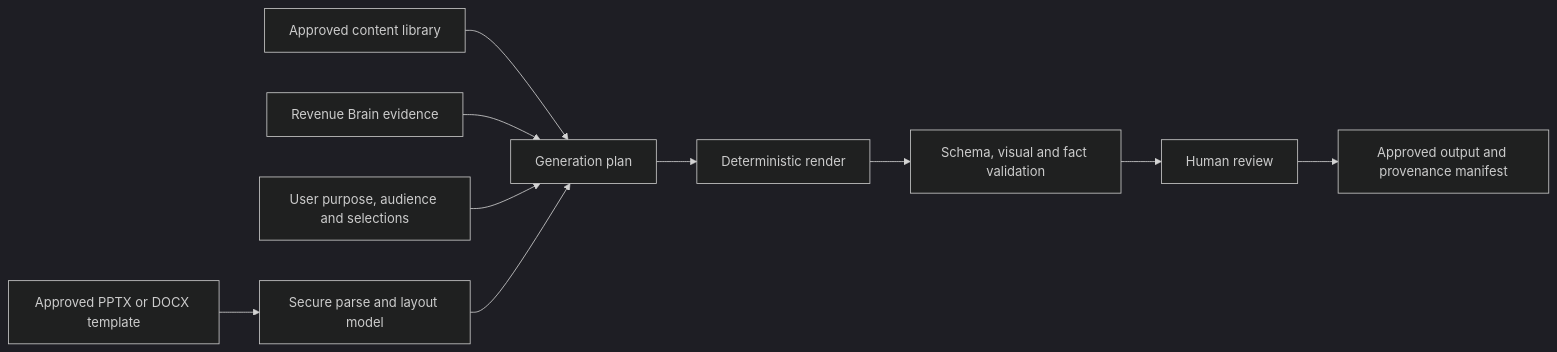
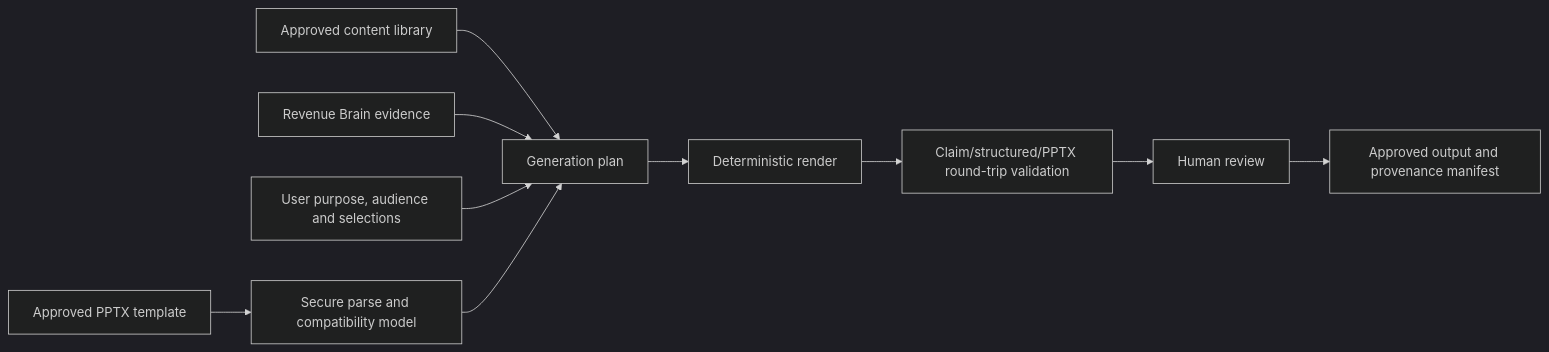
One commit to KevinFinnerty2205/revenueos changed the diagram in docs/03-engineering/presentation-proposal-template-architecture.md. Above: the diagram before and after it, drawn with Mermaid (dark theme). The commit also changed other lines of this file and 86 other files, not shown here.

````diff
--- a/docs/03-engineering/presentation-proposal-template-architecture.md
+++ b/docs/03-engineering/presentation-proposal-template-architecture.md
@@ -13,12 +13,12 @@
 ```mermaid
 flowchart LR
-    T["Approved PPTX or DOCX template"] --> P["Secure parse and layout model"]
+    T["Approved PPTX template"] --> P["Secure parse and compatibility model"]
     L["Approved content library"] --> G["Generation plan"]
     B["Revenue Brain evidence"] --> G
     U["User purpose, audience and selections"] --> G
     P --> G
     G --> R["Deterministic render"]
-    R --> V["Schema, visual and fact validation"]
+    R --> V["Claim/structured/PPTX round-trip validation"]
     V --> H["Human review"]
     H --> A["Approved output and provenance manifest"]
 ```
````
